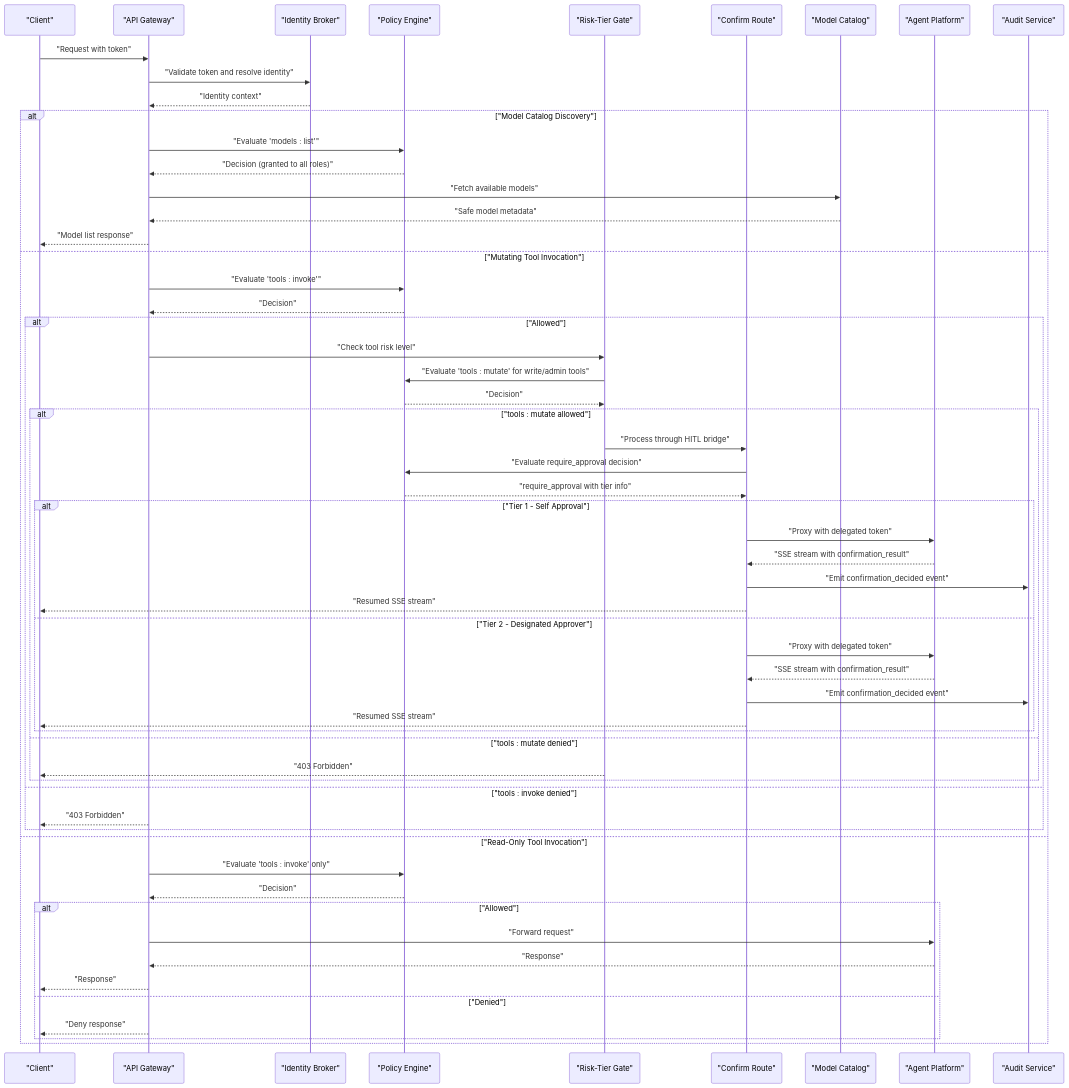
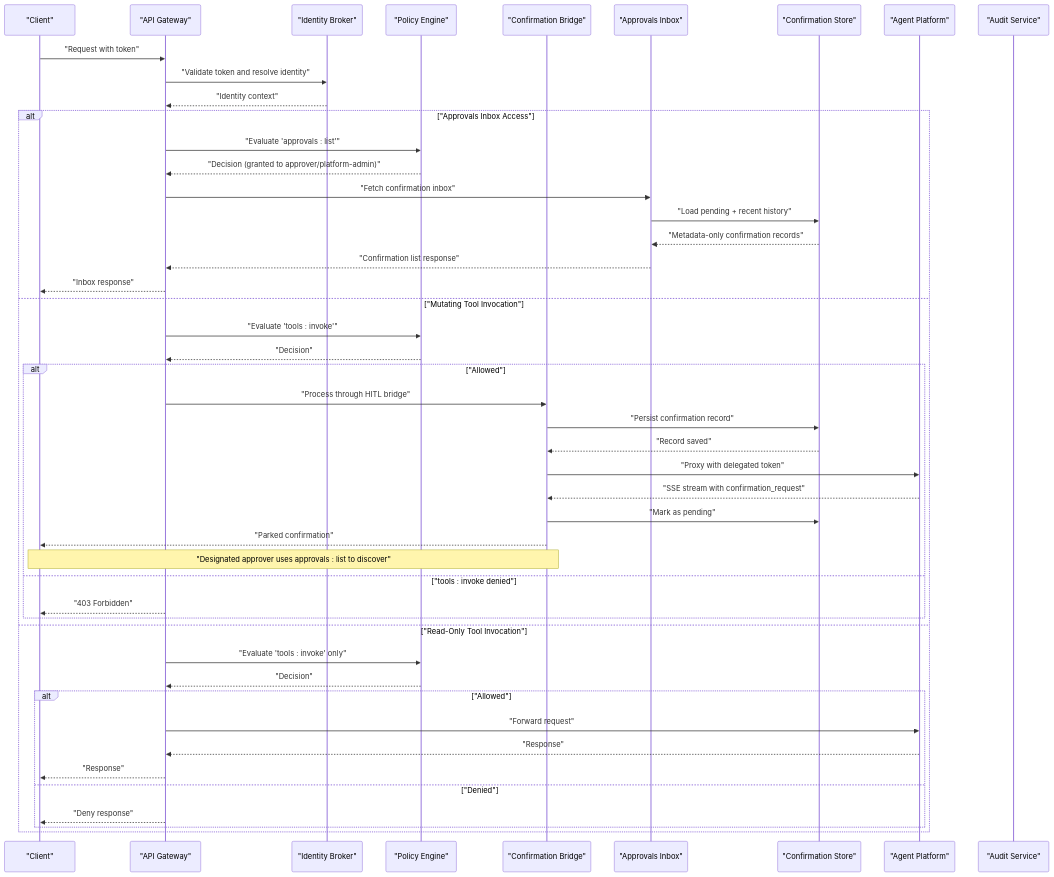
One commit to metasync/luban-aiops changed the second of 5 diagrams in .qoder/repowiki/en/content/Policy Management/Policy Management.md. Above: the diagram before and after it, drawn with Mermaid. The commit also changed other lines of this file and 36 other files, not shown here.

````diff
--- a/.qoder/repowiki/en/content/Policy Management/Policy Management.md
+++ b/.qoder/repowiki/en/content/Policy Management/Policy Management.md
@@ -275,60 +312,49 @@
 ```mermaid
 sequenceDiagram
 participant Client as "Client"
 participant Gateway as "API Gateway"
 participant Identity as "Identity Broker"
 participant Engine as "Policy Engine"
-participant RiskGate as "Risk-Tier Gate"
-participant Confirm as "Confirm Route"
-participant ModelCatalog as "Model Catalog"
+participant ConfirmBridge as "Confirmation Bridge"
+participant Inbox as "Approvals Inbox"
+participant Store as "Confirmation Store"
 participant Agent as "Agent Platform"
 participant Audit as "Audit Service"
 Client->>Gateway : "Request with token"
 Gateway->>Identity : "Validate token and resolve identity"
 Identity-->>Gateway : "Identity context"
-alt "Model Catalog Discovery"
-Gateway->>Engine : "Evaluate 'models : list'"
-Engine-->>Gateway : "Decision (granted to all roles)"
-Gateway->>ModelCatalog : "Fetch available models"
-ModelCatalog-->>Gateway : "Safe model metadata"
-Gateway-->>Client : "Model list response"
+alt "Approvals Inbox Access"
+Gateway->>Engine : "Evaluate 'approvals : list'"
+Engine-->>Gateway : "Decision (granted to approver/platform-admin)"
+Gateway->>Inbox : "Fetch confirmation inbox"
+Inbox->>Store : "Load pending + recent history"
+Store-->>Inbox : "Metadata-only confirmation records"
+Inbox-->>Gateway : "Confirmation list response"
+Gateway-->>Client : "Inbox response"
 else "Mutating Tool Invocation"
 Gateway->>Engine : "Evaluate 'tools : invoke'"
 Engine-->>Gateway : "Decision"
 alt "Allowed"
-Gateway->>RiskGate : "Check tool risk level"
-RiskGate->>Engine : "Evaluate 'tools : mutate' for write/admin tools"
-Engine-->>RiskGate : "Decision"
-alt "tools : mutate allowed"
-RiskGate->>Confirm : "Process through HITL bridge"
-Confirm->>Engine : "Evaluate require_approval decision"
-Engine-->>Confirm : "require_approval with tier info"
-alt "Tier 1 - Self Approval"
-Confirm->>Agent : "Proxy with delegated token"
-Agent-->>Confirm : "SSE stream with confirmation_result"
-Confirm->>Audit : "Emit confirmation_decided event"
-Confirm-->>Client : "Resumed SSE stream"
-else "Tier 2 - Designated Approver"
-Confirm->>Agent : "Proxy with delegated token"
-Agent-->>Confirm : "SSE stream with confirmation_result"
-Confirm->>Audit : "Emit confirmation_decided event"
-Confirm-->>Client : "Resumed SSE stream"
-end
-else "tools : mutate denied"
-RiskGate-->>Client : "403 Forbidden"
-end
+Gateway->>ConfirmBridge : "Process through HITL bridge"
+ConfirmBridge->>Store : "Persist confirmation record"
+Store-->>ConfirmBridge : "Record saved"
+ConfirmBridge->>Agent : "Proxy with delegated token"
+Agent-->>ConfirmBridge : "SSE stream with confirmation_request"
+ConfirmBridge->>Store : "Mark as pending"
+ConfirmBridge-->>Client : "Parked confirmation"
+Note over Client,ConfirmBridge : "Designated approver uses approvals : list to discover"
 else "tools : invoke denied"
 Gateway-->>Client : "403 Forbidden"
 end
 else "Read-Only Tool Invocation"
 Gateway->>Engine : "Evaluate 'tools : invoke' only"
 Engine-->>Gateway : "Decision"
 alt "Allowed"
 Gateway->>Agent : "Forward request"
 Agent-->>Gateway : "Response"
 Gateway-->>Client : "Response"
 else "Denied"
 Gateway-->>Client : "Deny response"
 end
 end
 ```
````
